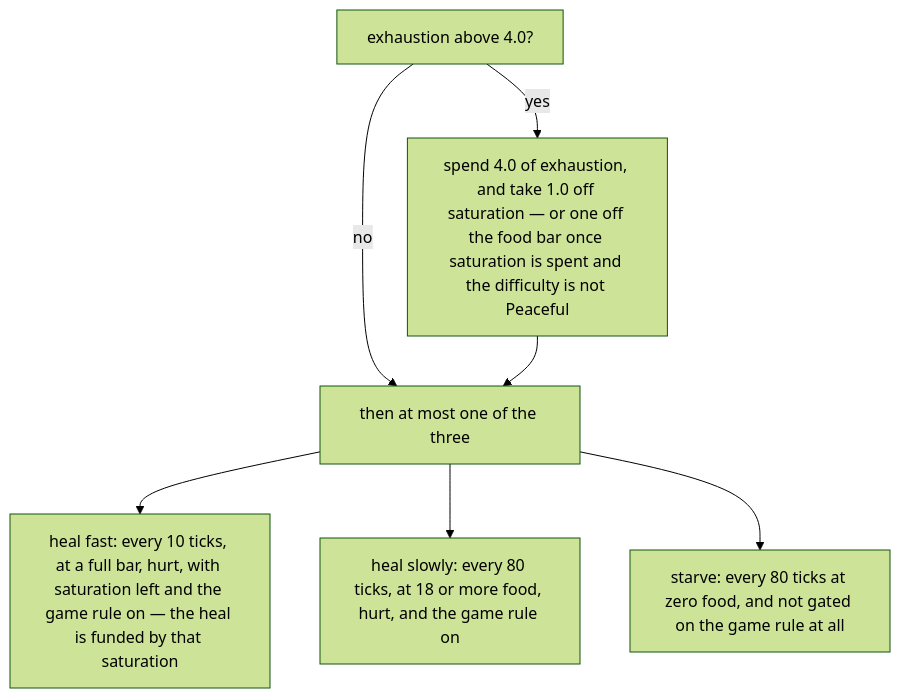
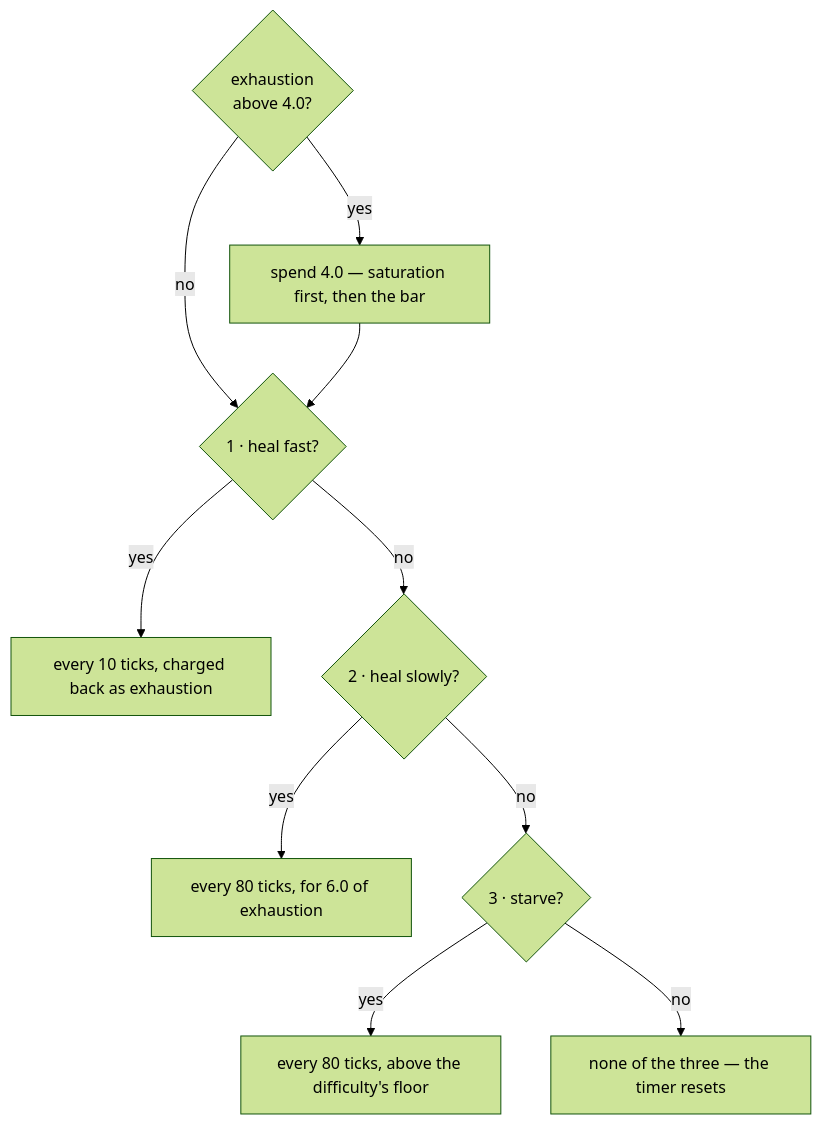
Before and after one commit to AlexanderjFraser/MinecraftDocs: the first of 2 diagrams in src/systems/player/hunger-and-experience.md, drawn with Mermaid (forest theme). The commit also changed other lines of this file and 12 other files, not shown here.

````diff
--- a/src/systems/player/hunger-and-experience.md
+++ b/src/systems/player/hunger-and-experience.md
@@ -83,10 +84,13 @@
 ```mermaid
 flowchart TD
-    EX["exhaustion above 4.0?"]
-    EX -- "yes" --> DRAIN["spend 4.0 of exhaustion, and take 1.0 off saturation — or one off the food bar once saturation is spent and the difficulty is not Peaceful"]
-    EX -- "no" --> CHAIN
-    DRAIN --> CHAIN["then at most one of the three"]
-    CHAIN --> FAST["heal fast: every 10 ticks, at a full bar, hurt, with saturation left and the game rule on — the heal is funded by that saturation"]
-    CHAIN --> SLOW["heal slowly: every 80 ticks, at 18 or more food, hurt, and the game rule on"]
-    CHAIN --> STARVE["starve: every 80 ticks at zero food, and not gated on the game rule at all"]
+    EX{"exhaustion<br/>above 4.0?"}
+    EX -- "yes" --> DRAIN["spend 4.0 — saturation first, then the bar"]
+    EX -- "no" --> C1
+    DRAIN --> C1{"1 · heal fast?"}
+    C1 -- "yes" --> FAST["every 10 ticks, charged back as exhaustion"]
+    C1 -- "no" --> C2{"2 · heal slowly?"}
+    C2 -- "yes" --> SLOW["every 80 ticks, for 6.0 of exhaustion"]
+    C2 -- "no" --> C3{"3 · starve?"}
+    C3 -- "yes" --> STARVE["every 80 ticks, above the difficulty's floor"]
+    C3 -- "no" --> RESET["none of the three — the timer resets"]
 ```
````
